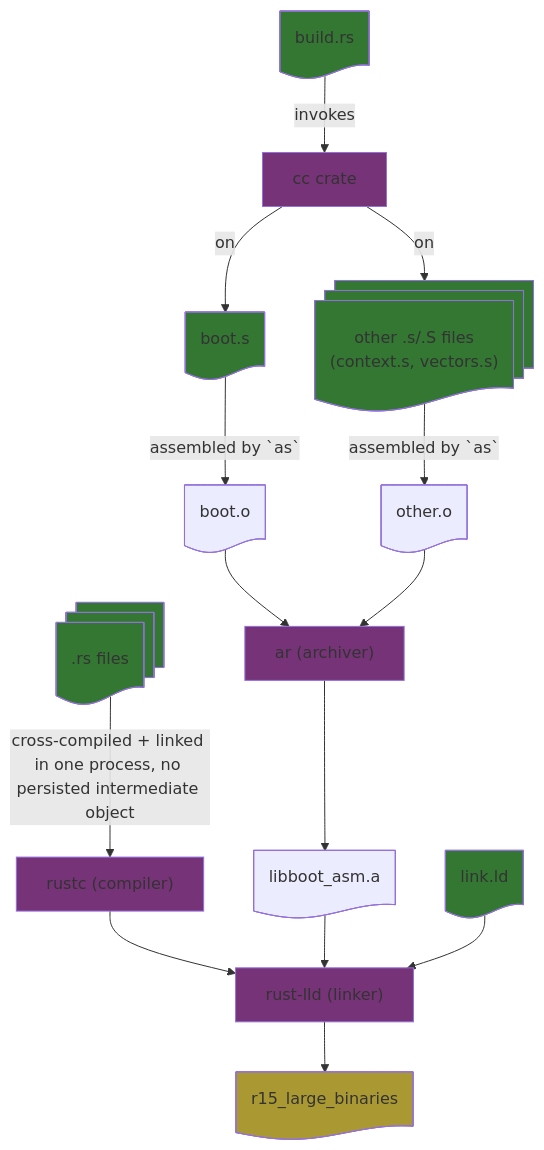
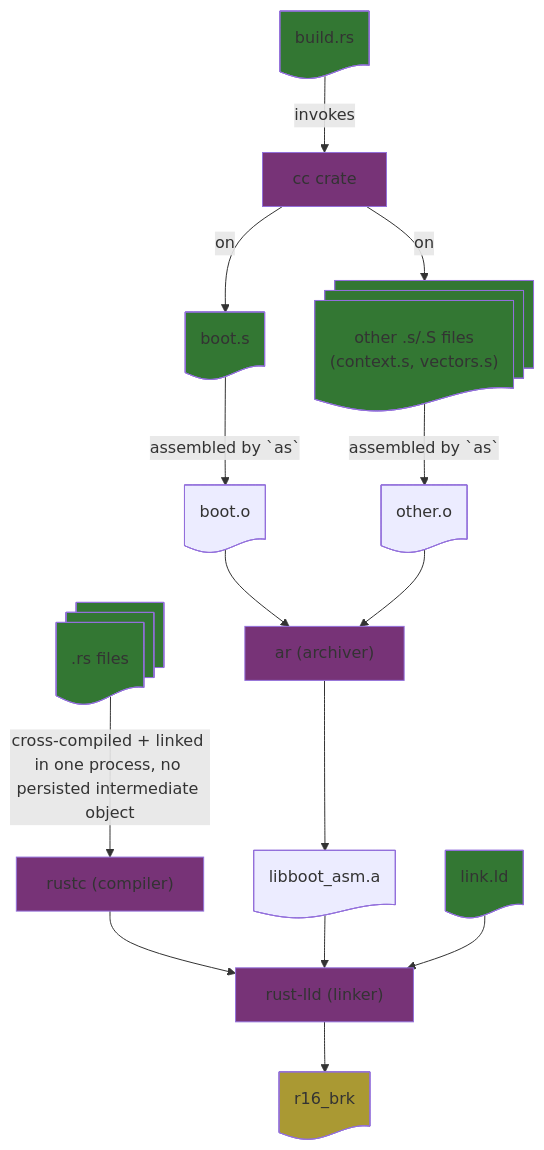
The diagram in rust/docs/build_sequence.md (yinchi/qemu_lab), drawn with Mermaid before and after one commit. The commit also changed other lines of this file and 34 other files, not shown here.

````diff
--- a/rust/docs/build_sequence.md
+++ b/rust/docs/build_sequence.md
@@ -3,45 +3,45 @@
 ```mermaid
 graph TD;
     cc@{shape: proc, label: "cc crate"}
     ar@{shape: proc, label: "ar (archiver)"}
     rust-lld@{shape: proc, label: "rust-lld (linker)"}
     rustc@{shape: proc, label: "rustc (compiler)"}
 
     style cc fill:#737
     style ar fill:#737
     style rust-lld fill:#737
     style rustc fill:#737
 
     build.rs@{shape: doc}
     style build.rs fill:#373
 
     boot.s@{shape: doc}
     other.S@{shape: docs, label: "other .s/.S files<br/>(context.s, vectors.s)"}
     style boot.s fill:#373
     style other.S fill:#373
 
     boot.o@{shape: doc}
     other.o@{shape: doc}
     libboot_asm.a@{shape: doc}
     main.rs@{shape: docs, label: ".rs files"}
     style main.rs fill:#373
     link.ld@{shape: doc}
     style link.ld fill:#373
-    r15_large_binaries@{shape: doc}
-    style r15_large_binaries fill:#a93
+    r16_brk@{shape: doc}
+    style r16_brk fill:#a93
 
     build.rs -- "invokes" --> cc -- "on" --> boot.s
     cc -- "on" --> other.S
 
     boot.s -- assembled by `as` --> boot.o
     other.S -- assembled by `as` --> other.o
 
     boot.o --> ar
     other.o --> ar --> libboot_asm.a
 
     main.rs -- "cross-compiled + linked in one process, no persisted intermediate object" --> rustc --> rust-lld
     libboot_asm.a --> rust-lld
     link.ld --> rust-lld
 
-    rust-lld --> r15_large_binaries
+    rust-lld --> r16_brk
 ```
````
